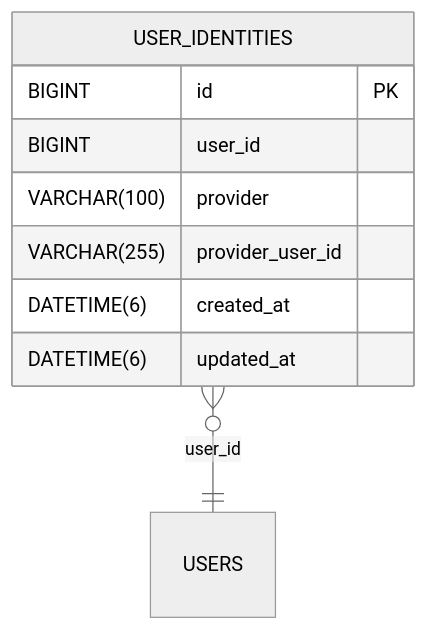
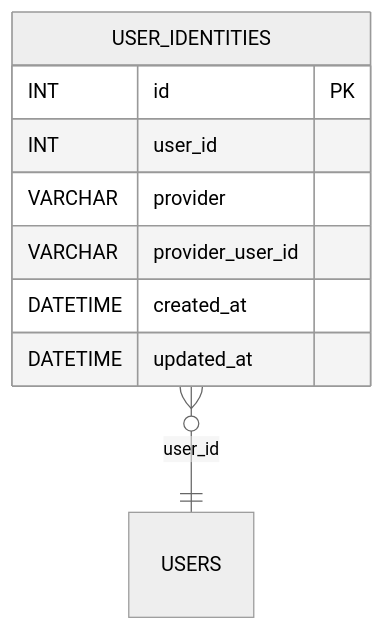
Before and after one commit to blackcatdatabase/table-user-identities: the diagram in README.md, drawn with Mermaid (neutral theme). The commit also changed other lines of this file, not shown here.

Commit message:
chore(schema): add/update generated schema + README (umbrella sync)

````diff
--- a/README.md
+++ b/README.md
@@ -50,12 +50,12 @@
 ```mermaid
 erDiagram
   USER_IDENTITIES {
-    BIGINT id PK
-    BIGINT user_id
-    VARCHAR(100) provider
-    VARCHAR(255) provider_user_id
-    DATETIME(6) created_at
-    DATETIME(6) updated_at
+    INT id PK
+    INT user_id
+    VARCHAR provider
+    VARCHAR provider_user_id
+    DATETIME created_at
+    DATETIME updated_at
   }
   USER_IDENTITIES }o--|| USERS : "user_id"
 ```
````
